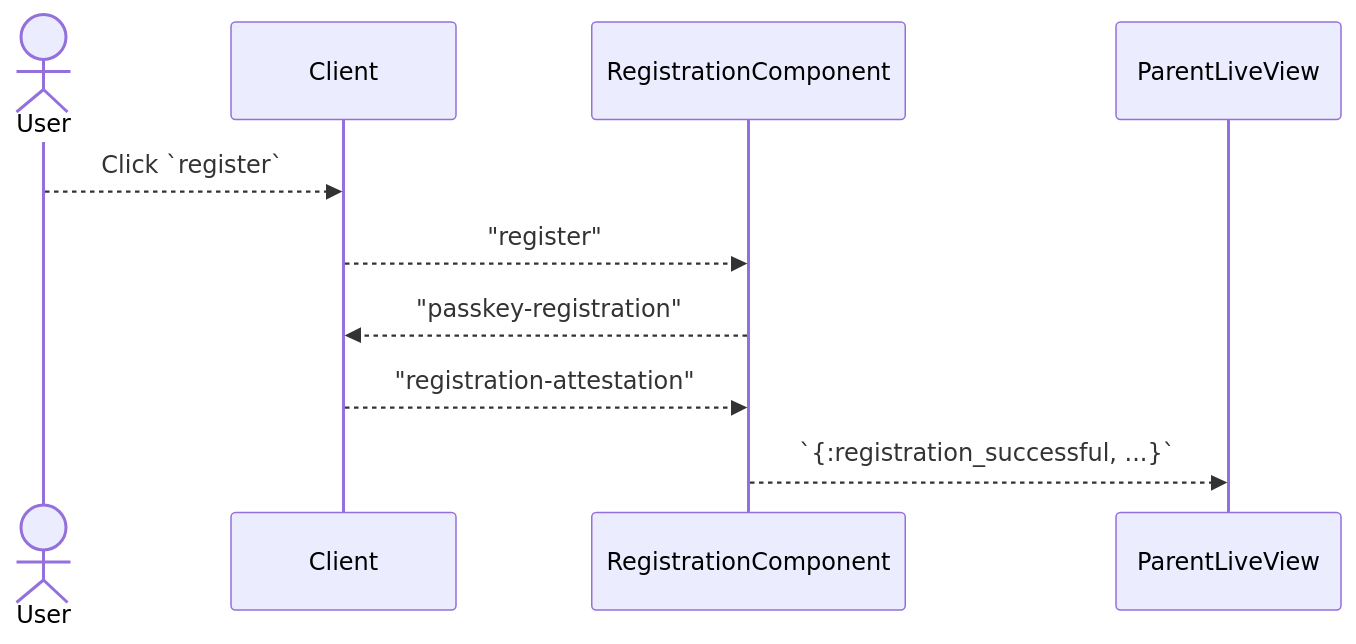
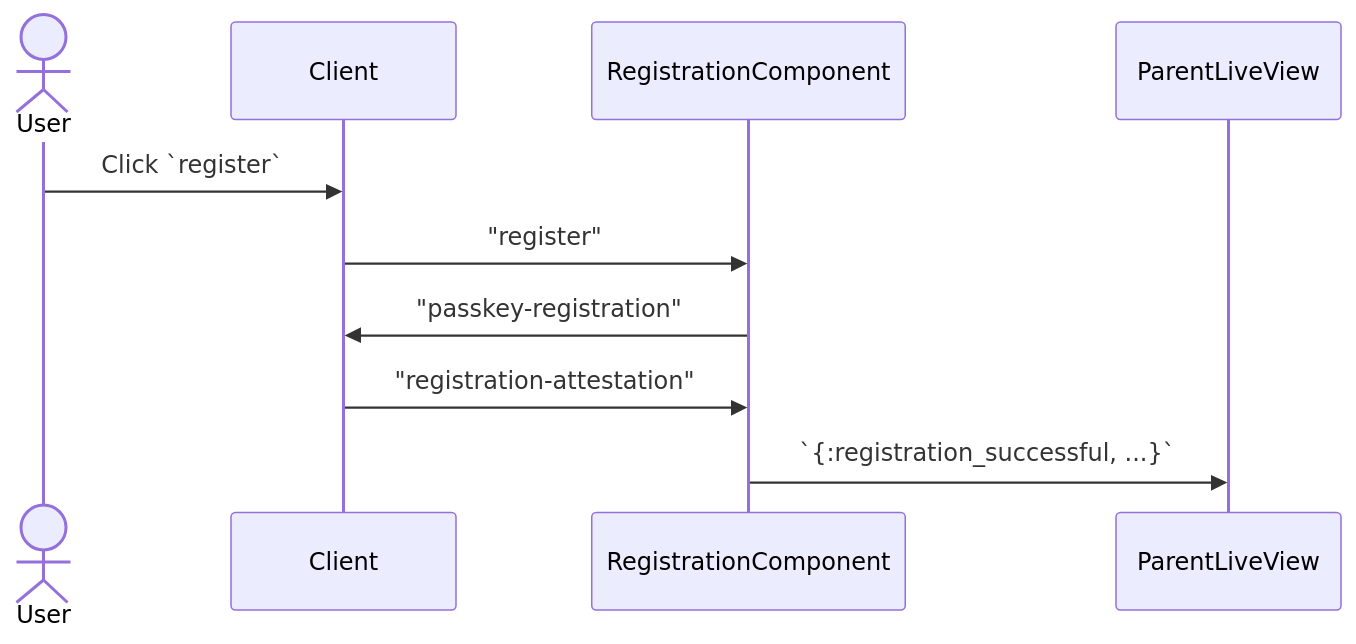
One commit to liveshowy/webauthn_live_component changed the second of 6 diagrams in README.md. Above: the diagram before and after it, drawn with Mermaid. The commit also changed other lines of this file, not shown here.

Commit message:
draft mermaid diagrams

````diff
--- a/README.md
+++ b/README.md
@@ -69,13 +79,13 @@
 ```mermaid
 sequenceDiagram
    actor User
    participant Client
    participant RegistrationComponent
    participant ParentLiveView
 
-   User-->>Client: Click `register`
-   Client-->>RegistrationComponent: "register"
-   RegistrationComponent-->>Client: "passkey-registration"
-   Client-->>RegistrationComponent: "registration-attestation"
-   RegistrationComponent-->>ParentLiveView: `{:registration_successful, ...}`
+   User->>Client: Click `register`
+   Client->>RegistrationComponent: "register"
+   RegistrationComponent->>Client: "passkey-registration"
+   Client->>RegistrationComponent: "registration-attestation"
+   RegistrationComponent->>ParentLiveView: `{:registration_successful, ...}`
 ```
````
